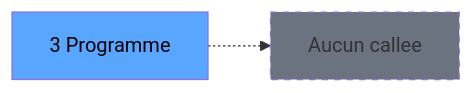
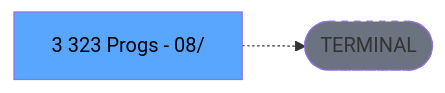
Before and after one commit to thonyAGP/lecteur-magic: the third of 3 diagrams in .openspec/specs/ADH-IDE-3.md, drawn with Mermaid. The commit also changed other lines of this file and 701 other files, not shown here.

````diff
--- a/.openspec/specs/ADH-IDE-3.md
+++ b/.openspec/specs/ADH-IDE-3.md
@@ -120,8 +134,8 @@
 ```mermaid
 graph LR
-    T[3 Programme]
-    NONE[Aucun callee]
-    T -.-> NONE
+    T[3 323 Progs - 08/]
+    TERM([TERMINAL])
+    T -.-> TERM
+    style TERM fill:#6b7280,stroke-dasharray: 5 5
     style T fill:#58a6ff,color:#000
-    style NONE fill:#6b7280,stroke-dasharray: 5 5
 ```
````
